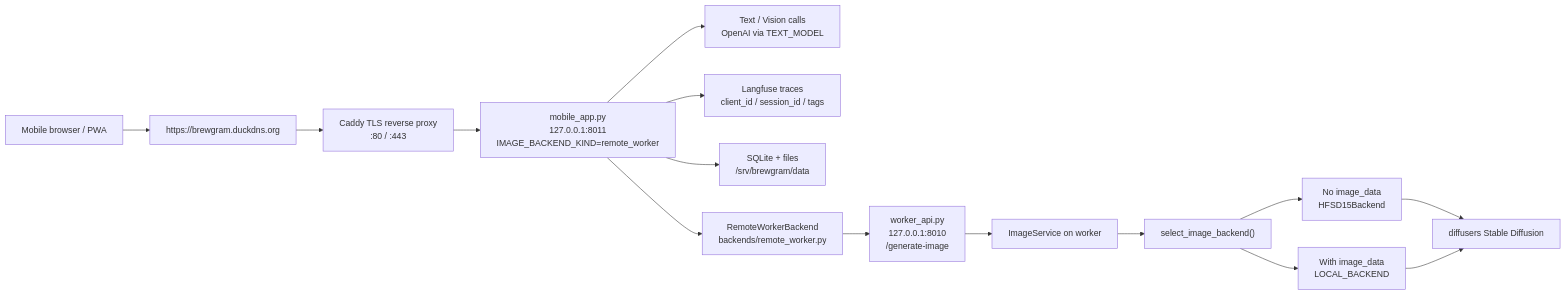
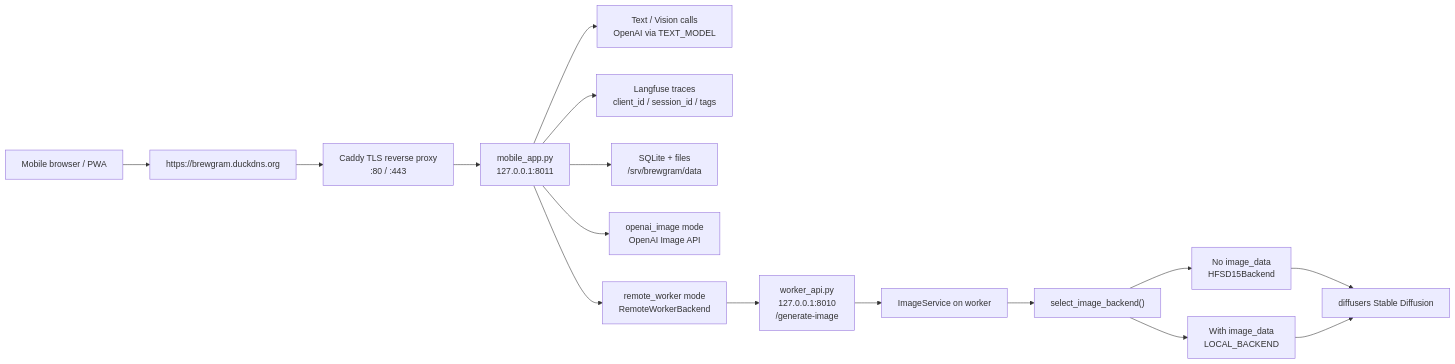
One commit to juyoung-song/Gen_for_SmallBusiness changed the first of 5 diagrams in docs/mobile_worker_workflow.md. Above: the diagram before and after it, drawn with Mermaid. The commit also changed other lines of this file and 16 other files, not shown here.

````diff
--- a/docs/mobile_worker_workflow.md
+++ b/docs/mobile_worker_workflow.md
@@ -16,19 +23,20 @@
 ```mermaid
 flowchart LR
     User["Mobile browser / PWA"] --> Domain["https://brewgram.duckdns.org"]
     Domain --> Caddy["Caddy TLS reverse proxy<br/>:80 / :443"]
-    Caddy --> Mobile["mobile_app.py<br/>127.0.0.1:8011<br/>IMAGE_BACKEND_KIND=remote_worker"]
+    Caddy --> Mobile["mobile_app.py<br/>127.0.0.1:8011"]
 
     Mobile --> Text["Text / Vision calls<br/>OpenAI via TEXT_MODEL"]
     Mobile --> Langfuse["Langfuse traces<br/>client_id / session_id / tags"]
     Mobile --> DB["SQLite + files<br/>/srv/brewgram/data"]
-    Mobile --> RemoteBackend["RemoteWorkerBackend<br/>backends/remote_worker.py"]
+    Mobile --> OpenAIImage["openai_image mode<br/>OpenAI Image API"]
+    Mobile --> RemoteBackend["remote_worker mode<br/>RemoteWorkerBackend"]
 
     RemoteBackend --> Worker["worker_api.py<br/>127.0.0.1:8010<br/>/generate-image"]
     Worker --> WorkerImageService["ImageService on worker"]
     WorkerImageService --> Registry["select_image_backend()"]
     Registry --> LocalNoRef["No image_data<br/>HFSD15Backend"]
     Registry --> LocalRef["With image_data<br/>LOCAL_BACKEND"]
     LocalNoRef --> Diffusers["diffusers Stable Diffusion"]
     LocalRef --> Diffusers
 ```
````
